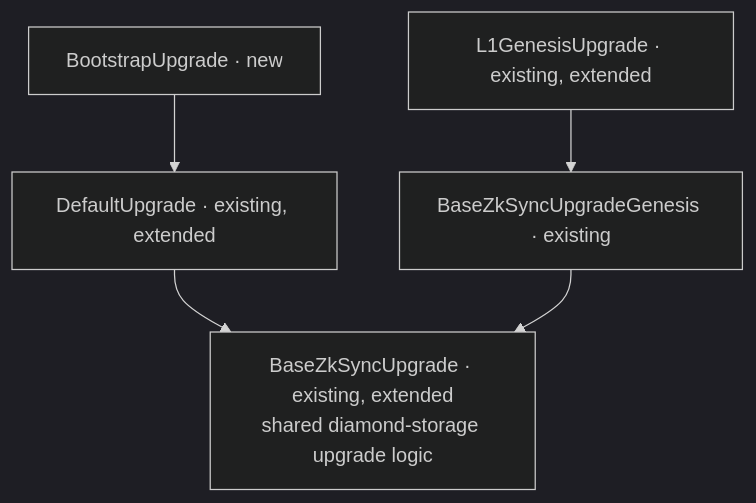
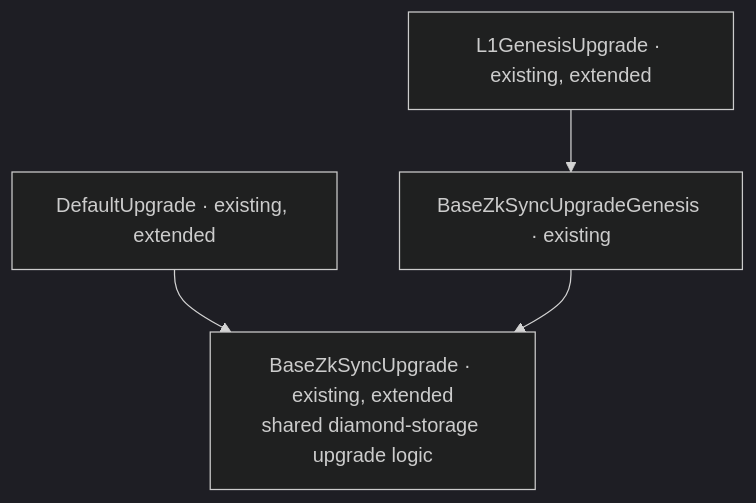
One commit to matter-labs/era-contracts changed the third of 9 diagrams in docs/registry-driven-upgrades.md. Above: the diagram before and after it, drawn with Mermaid (dark theme). The commit also changed other lines of this file and 151 other files, not shown here.

````diff
--- a/docs/registry-driven-upgrades.md
+++ b/docs/registry-driven-upgrades.md
@@ -130,13 +128,11 @@
 ```mermaid
 flowchart TB
-    BOOT["BootstrapUpgrade · new"]
     DEFAULT["DefaultUpgrade · existing, extended"]
     GENESIS["L1GenesisUpgrade · existing, extended"]
     GENBASE["BaseZkSyncUpgradeGenesis · existing"]
     BASE["BaseZkSyncUpgrade · existing, extended<br/>shared diamond-storage upgrade logic"]
 
-    BOOT --> DEFAULT
     DEFAULT --> BASE
     GENESIS --> GENBASE
     GENBASE --> BASE
 ```
````
